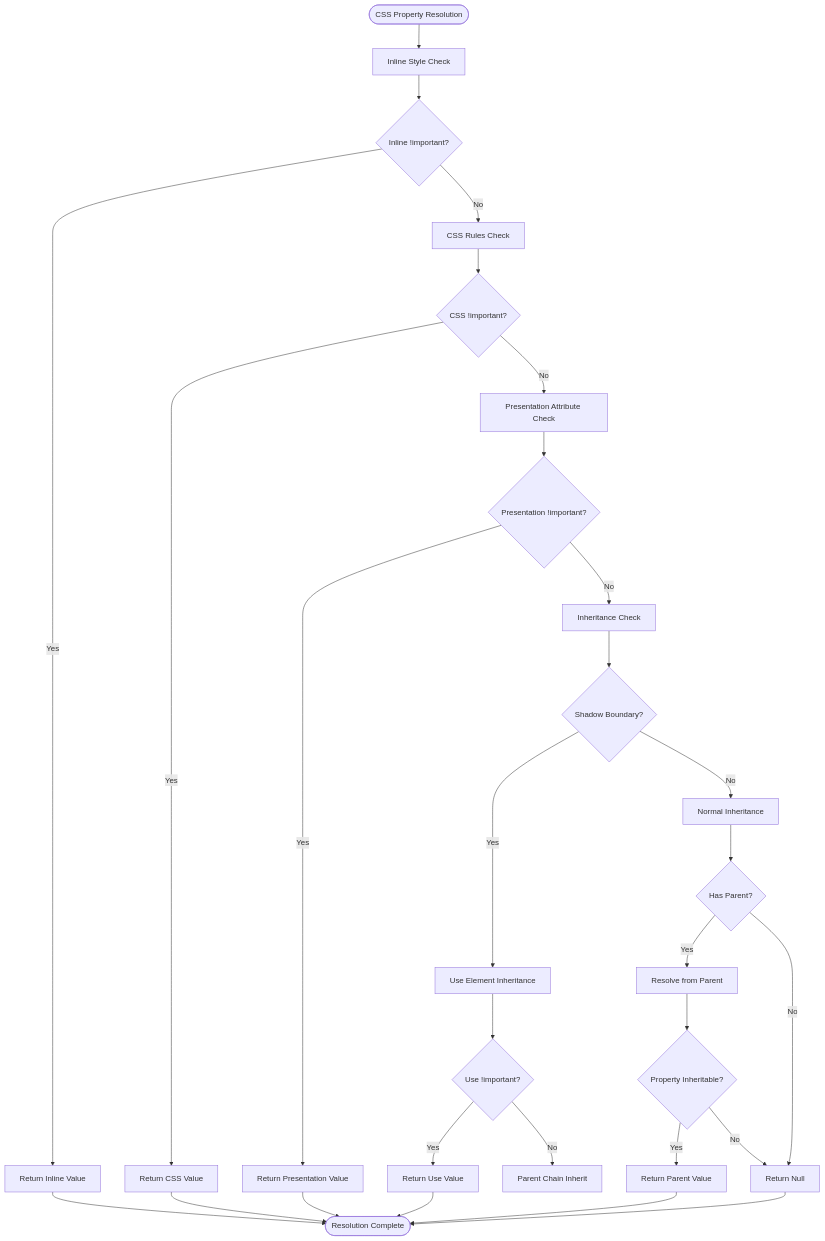
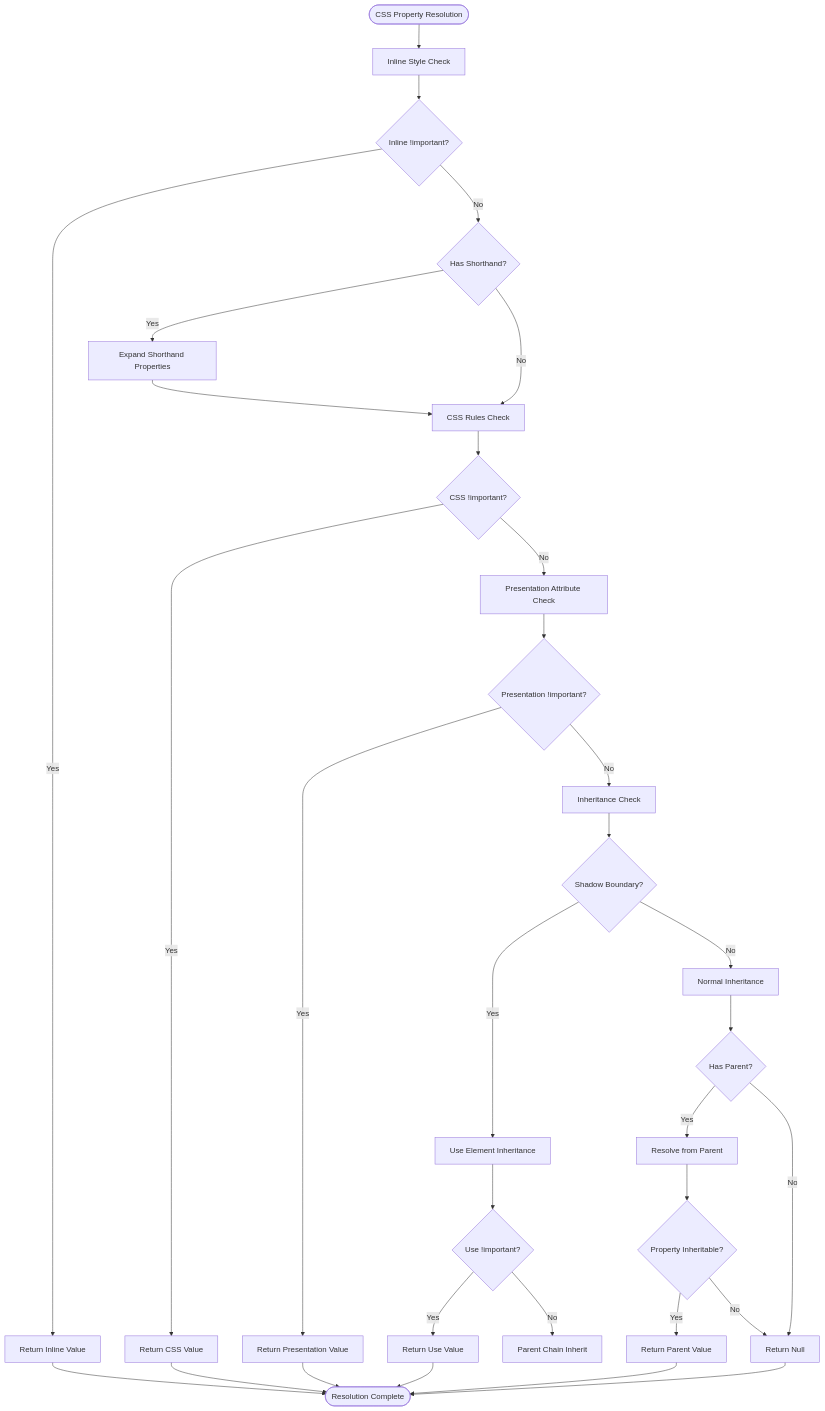
The second of 8 diagrams in .qoder/repowiki/en/content/Animated SVG Support/Advanced Animation Features/Enhanced CSS Variables and Calculations/CSS Cascade System.md (denisnadey/flutter_full_svg_support), drawn with Mermaid before and after one commit. The commit also changed other lines of this file and 19 other files, not shown here.

````diff
--- a/.qoder/repowiki/en/content/Animated SVG Support/Advanced Animation Features/Enhanced CSS Variables and Calculations/CSS Cascade System.md
+++ b/.qoder/repowiki/en/content/Animated SVG Support/Advanced Animation Features/Enhanced CSS Variables and Calculations/CSS Cascade System.md
@@ -146,31 +160,34 @@
 ```mermaid
 flowchart TD
 Start([CSS Property Resolution]) --> Inline[Inline Style Check]
 Inline --> InlineImportant{Inline !important?}
 InlineImportant --> |Yes| ReturnInline[Return Inline Value]
-InlineImportant --> |No| CSSRules[CSS Rules Check]
+InlineImportant --> |No| ShorthandCheck{Has Shorthand?}
+ShorthandCheck --> |Yes| ExpandShorthand[Expand Shorthand Properties]
+ShorthandCheck --> |No| CSSRules[CSS Rules Check]
+ExpandShorthand --> CSSRules
 CSSRules --> CSSImportant{CSS !important?}
 CSSImportant --> |Yes| ReturnCSS[Return CSS Value]
 CSSImportant --> |No| Presentation[Presentation Attribute Check]
 Presentation --> PresentImportant{Presentation !important?}
 PresentImportant --> |Yes| ReturnPresent[Return Presentation Value]
 PresentImportant --> |No| Inheritance[Inheritance Check]
 Inheritance --> ShadowBoundary{Shadow Boundary?}
 ShadowBoundary --> |Yes| UseInheritance[Use Element Inheritance]
 ShadowBoundary --> |No| NormalInheritance[Normal Inheritance]
 UseInheritance --> UseImportant{Use !important?}
 UseImportant --> |Yes| ReturnUse[Return Use Value]
 UseImportant --> |No| ParentInherit[Parent Chain Inherit]
 NormalInheritance --> HasParent{Has Parent?}
 HasParent --> |Yes| ParentResolve[Resolve from Parent]
 HasParent --> |No| NoValue[Return Null]
 ParentResolve --> InheritCheck{Property Inheritable?}
 InheritCheck --> |Yes| ReturnParent[Return Parent Value]
 InheritCheck --> |No| NoValue
 ReturnInline --> End([Resolution Complete])
 ReturnCSS --> End
 ReturnPresent --> End
 ReturnUse --> End
 ReturnParent --> End
 NoValue --> End
 ```
````
